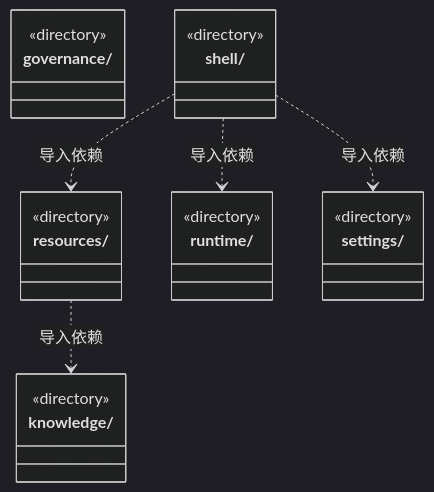
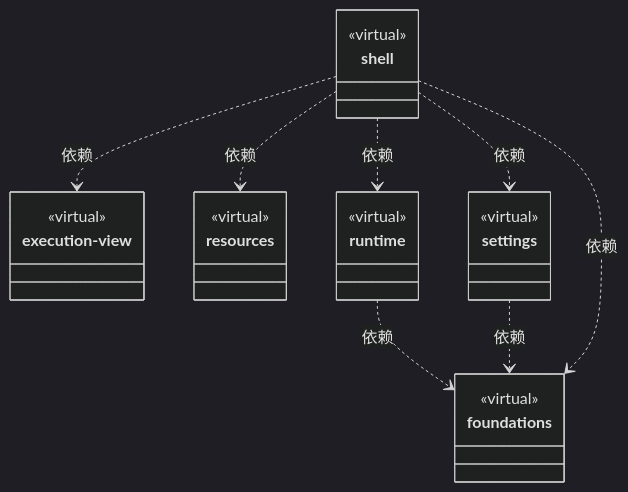
Before and after one commit to nan023062/cbim: the second of 3 diagrams in src/view/ARCHITECTURE.md, drawn with Mermaid (dark theme). The commit also changed other lines of this file and 158 other files, not shown here.

Commit message:
docs: model architecture through nested virtual encapsulations

````diff
--- a/src/view/ARCHITECTURE.md
+++ b/src/view/ARCHITECTURE.md
@@ -81,25 +63,34 @@
 ```mermaid
 classDiagram
-class N_src_view_governance["governance/"] {
-  <<directory>>
+class N_058c6f1495cf["shell"] {
+  <<virtual>>
 }
-class N_src_view_knowledge["knowledge/"] {
-  <<directory>>
+click N_058c6f1495cf href "shell/ARCHITECTURE.md"
+class N_0d4bf4cdf856["execution-view"] {
+  <<virtual>>
 }
-class N_src_view_resources["resources/"] {
-  <<directory>>
+click N_0d4bf4cdf856 href "execution-view/ARCHITECTURE.md"
+class N_0a87777374eb["foundations"] {
+  <<virtual>>
 }
-class N_src_view_runtime["runtime/"] {
-  <<directory>>
+click N_0a87777374eb href "foundations/ARCHITECTURE.md"
+class N_a6c7c96964c6["resources"] {
+  <<virtual>>
 }
-class N_src_view_settings["settings/"] {
-  <<directory>>
+click N_a6c7c96964c6 href "resources/ARCHITECTURE.md"
+class N_7bd33b97ca14["runtime"] {
+  <<virtual>>
 }
-class N_src_view_shell["shell/"] {
-  <<directory>>
+click N_7bd33b97ca14 href "runtime/ARCHITECTURE.md"
+class N_548175957adf["settings"] {
+  <<virtual>>
 }
-N_src_view_resources ..> N_src_view_knowledge : 导入依赖
-N_src_view_shell ..> N_src_view_resources : 导入依赖
-N_src_view_shell ..> N_src_view_runtime : 导入依赖
-N_src_view_shell ..> N_src_view_settings : 导入依赖
+click N_548175957adf href "settings/ARCHITECTURE.md"
+N_7bd33b97ca14 ..> N_0a87777374eb : 依赖
+N_548175957adf ..> N_0a87777374eb : 依赖
+N_058c6f1495cf ..> N_0d4bf4cdf856 : 依赖
+N_058c6f1495cf ..> N_0a87777374eb : 依赖
+N_058c6f1495cf ..> N_a6c7c96964c6 : 依赖
+N_058c6f1495cf ..> N_7bd33b97ca14 : 依赖
+N_058c6f1495cf ..> N_548175957adf : 依赖
 ```
````
